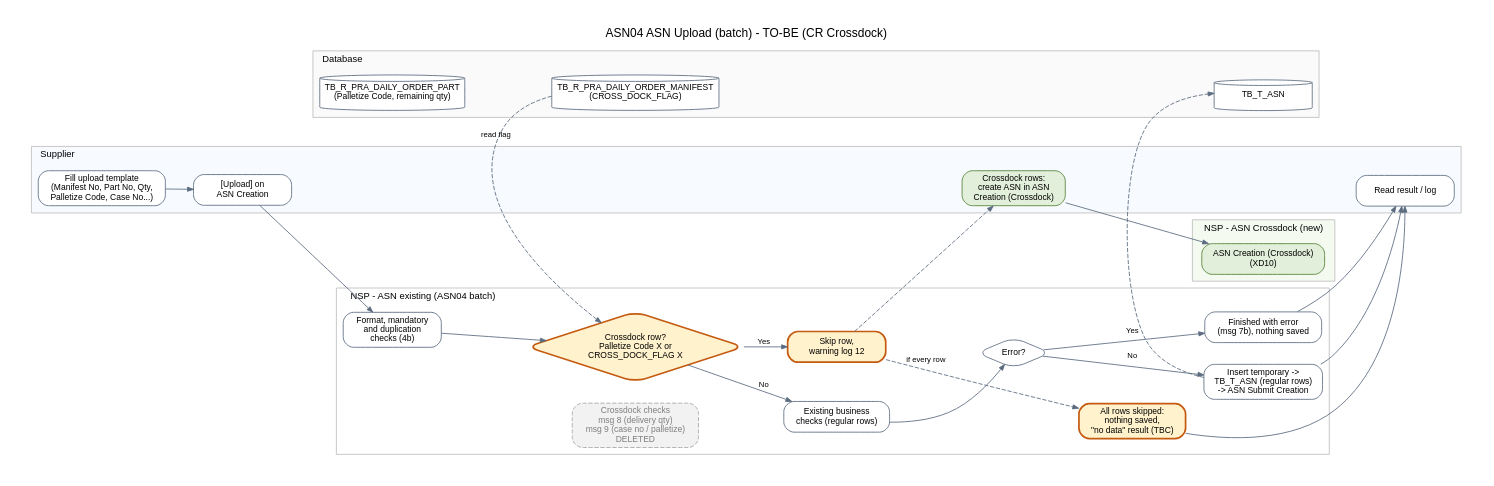
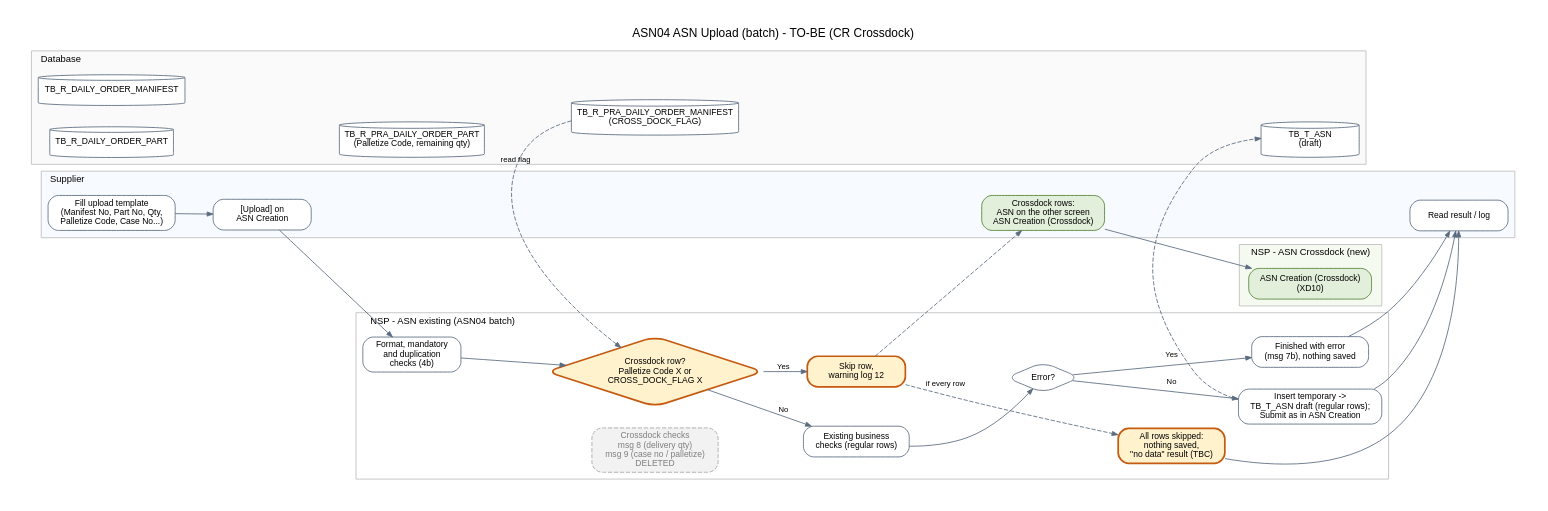
The diagram in deliverables/asn_existing/flow_img/asn04_to_be.dot (ivanrayhannn/crossdockpoc), drawn with Graphviz before and after one commit. The commit also changed 13 other files, not shown here.

First line of the commit message:
ASN03 / ASN04 business flow: draft -> qty and delivery date -> Submit (daily order manifest / part, pra part qty); crossdock ASN on another screen

```diff
--- a/deliverables/asn_existing/flow_img/asn04_to_be.dot
+++ b/deliverables/asn_existing/flow_img/asn04_to_be.dot
@@ -1,36 +1,38 @@
 digraph G {
   graph [rankdir=LR, fontname="Helvetica", fontsize=11, nodesep=0.35, ranksep=0.45, pad=0.3, newrank=true, label="ASN04 ASN Upload (batch) - TO-BE (CR Crossdock)", labelloc=t, fontsize=14];
   node [shape=box, style="rounded,filled", fillcolor="#FFFFFF", color="#5B6B7F", fontname="Helvetica", fontsize=10, margin="0.12,0.06", width=1.6];
   edge [color="#5B6B7F", fontname="Helvetica", fontsize=9, arrowsize=0.7];
   subgraph cluster_sup { label="Supplier"; style="filled"; fillcolor="#F7FBFF"; color="#BFBFBF"; fontsize=11; labeljust=l;
     s1 [label="Fill upload template\n(Manifest No, Part No, Qty,\nPalletize Code, Case No...)"];
     s2 [label="[Upload] on\nASN Creation"];
     s3 [label="Read result / log"];
-    s4 [label="Crossdock rows:\ncreate ASN in ASN\nCreation (Crossdock)", fillcolor="#E2EFDA" color="#548235"];
+    s4 [label="Crossdock rows:\nASN on the other screen\nASN Creation (Crossdock)", fillcolor="#E2EFDA" color="#548235"];
   }
   subgraph cluster_nsp { label="NSP - ASN existing (ASN04 batch)"; style="filled"; fillcolor="#FFFFFF"; color="#BFBFBF"; fontsize=11; labeljust=l;
     b1 [label="Format, mandatory\nand duplication\nchecks (4b)"];
     b2 [label="Crossdock row?\nPalletize Code X or\nCROSS_DOCK_FLAG X", shape=diamond, width=2.2, fillcolor="#FFF2CC" color="#C55A11" penwidth=2];
     b3 [label="Skip row,\nwarning log 12", fillcolor="#FFF2CC" color="#C55A11" penwidth=2];
     b4 [label="Crossdock checks\nmsg 8 (delivery qty)\nmsg 9 (case no / palletize)\nDELETED", fillcolor="#F2F2F2" color="#A6A6A6" fontcolor="#7F7F7F" style="rounded,filled,dashed"];
     b5 [label="Existing business\nchecks (regular rows)"];
     b6 [label="Error?", shape=diamond, width=1.2];
     b7 [label="Finished with error\n(msg 7b), nothing saved"];
-    b8 [label="Insert temporary ->\nTB_T_ASN (regular rows)\n-> ASN Submit Creation"];
+    b8 [label="Insert temporary ->\nTB_T_ASN draft (regular rows);\nSubmit as in ASN Creation"];
     b9 [label="All rows skipped:\nnothing saved,\n\"no data\" result (TBC)", fillcolor="#FFF2CC" color="#C55A11" penwidth=2];
   }
   subgraph cluster_xd { label="NSP - ASN Crossdock (new)"; style="filled"; fillcolor="#F4FAF0"; color="#BFBFBF"; fontsize=11; labeljust=l;
     x1 [label="ASN Creation (Crossdock)\n(XD10)", fillcolor="#E2EFDA" color="#548235"];
   }
   subgraph cluster_db { label="Database"; style="filled"; fillcolor="#FAFAFA"; color="#BFBFBF"; fontsize=11; labeljust=l;
     db_pm [shape=cylinder, label="TB_R_PRA_DAILY_ORDER_MANIFEST\n(CROSS_DOCK_FLAG)"];
     db_pp [shape=cylinder, label="TB_R_PRA_DAILY_ORDER_PART\n(Palletize Code, remaining qty)"];
-    db_asn [shape=cylinder, label="TB_T_ASN"];
+    db_asn [shape=cylinder, label="TB_T_ASN\n(draft)"];
+    db_dm [shape=cylinder, label="TB_R_DAILY_ORDER_MANIFEST"];
+    db_dp [shape=cylinder, label="TB_R_DAILY_ORDER_PART"];
   }
   s1 -> s2 -> b1 -> b2;
   b2 -> b3 [label="Yes"]; b2 -> b5 [label="No"]; b3 -> b9 [style=dashed, label="if every row"];
   b5 -> b6; b6 -> b7 [label="Yes"]; b6 -> b8 [label="No"]; b7 -> s3; b8 -> s3; b9 -> s3; b3 -> s4 [style=dashed]; s4 -> x1;
   b4 -> b5 [style=invis];
   db_pm -> b2 [style=dashed, label="read flag", constraint=false]; b8 -> db_asn [style=dashed, constraint=false];
   { rank=same; b2; db_pm; } b2 -> db_pm [style=invis]; { rank=same; b8; db_asn; } b8 -> db_asn [style=invis]; { rank=same; b1; db_pp; } b1 -> db_pp [style=invis];
 }
```
